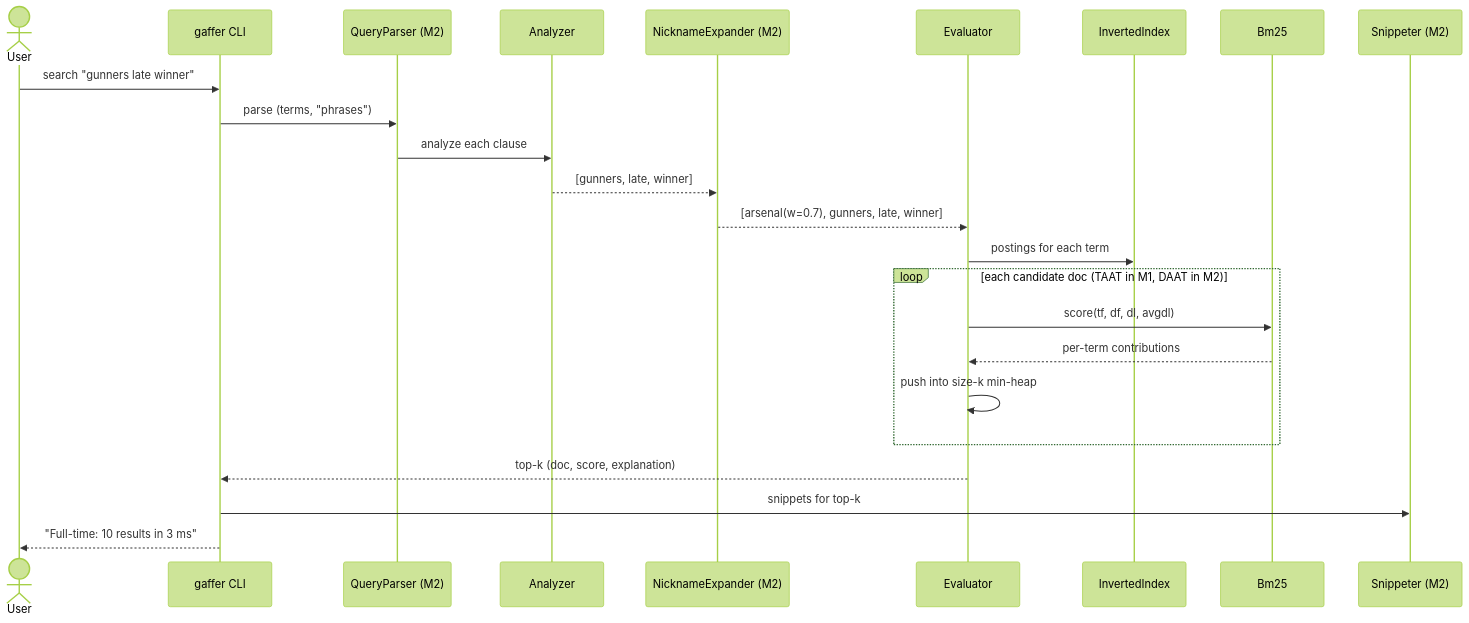
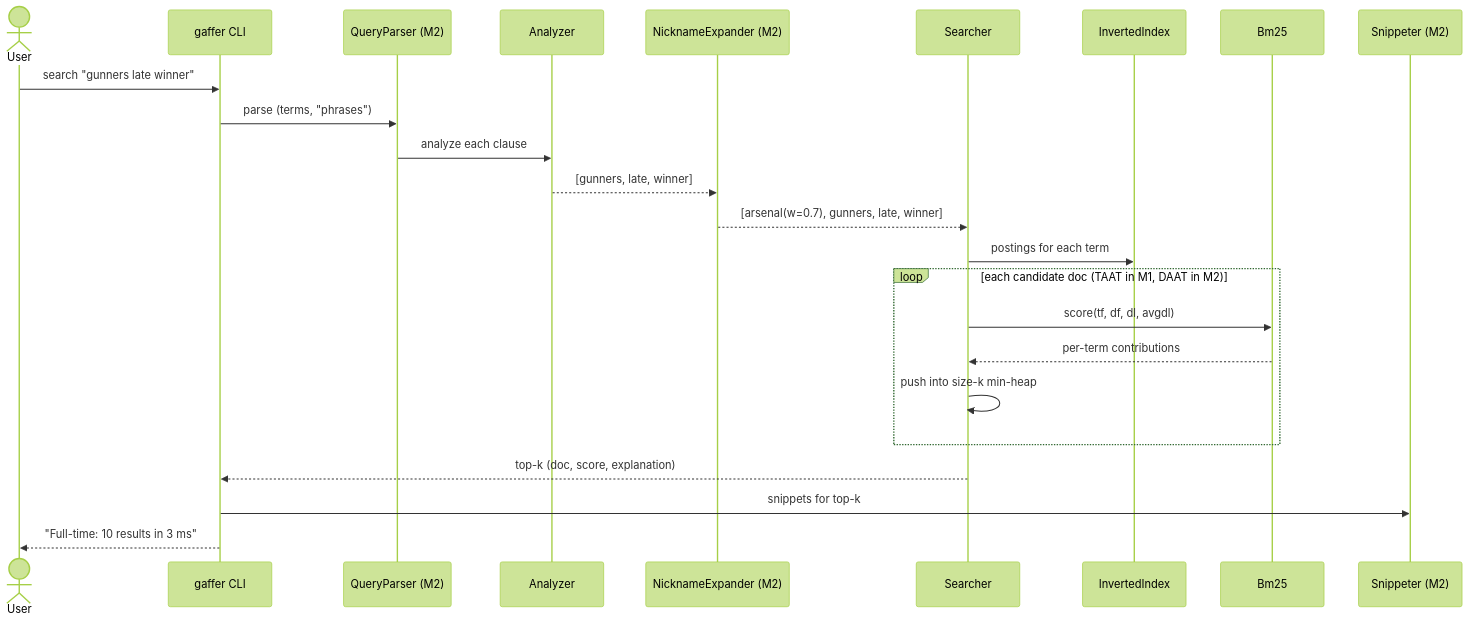
One commit to siddharth-sarma5/gaffer-search changed the fourth of 5 diagrams in docs/ARCHITECTURE.md. Above: the diagram before and after it, drawn with Mermaid (forest theme). The commit also changed other lines of this file and 4 other files, not shown here.

First line of the commit message:
docs: write README quickstart and sample output; update architecture

````diff
--- a/docs/ARCHITECTURE.md
+++ b/docs/ARCHITECTURE.md
@@ -78,27 +78,27 @@
 ```mermaid
 sequenceDiagram
     actor U as User
     participant C as gaffer CLI
     participant P as QueryParser (M2)
     participant A as Analyzer
     participant X as NicknameExpander (M2)
-    participant E as Evaluator
+    participant E as Searcher
     participant I as InvertedIndex
     participant B as Bm25
     participant S as Snippeter (M2)
 
     U->>C: search "gunners late winner"
     C->>P: parse (terms, "phrases")
     P->>A: analyze each clause
     A-->>X: [gunners, late, winner]
     X-->>E: [arsenal(w=0.7), gunners, late, winner]
     E->>I: postings for each term
     loop each candidate doc (TAAT in M1, DAAT in M2)
         E->>B: score(tf, df, dl, avgdl)
         B-->>E: per-term contributions
         E->>E: push into size-k min-heap
     end
     E-->>C: top-k (doc, score, explanation)
     C->>S: snippets for top-k
     C-->>U: "Full-time: 10 results in 3 ms"
 ```
````
